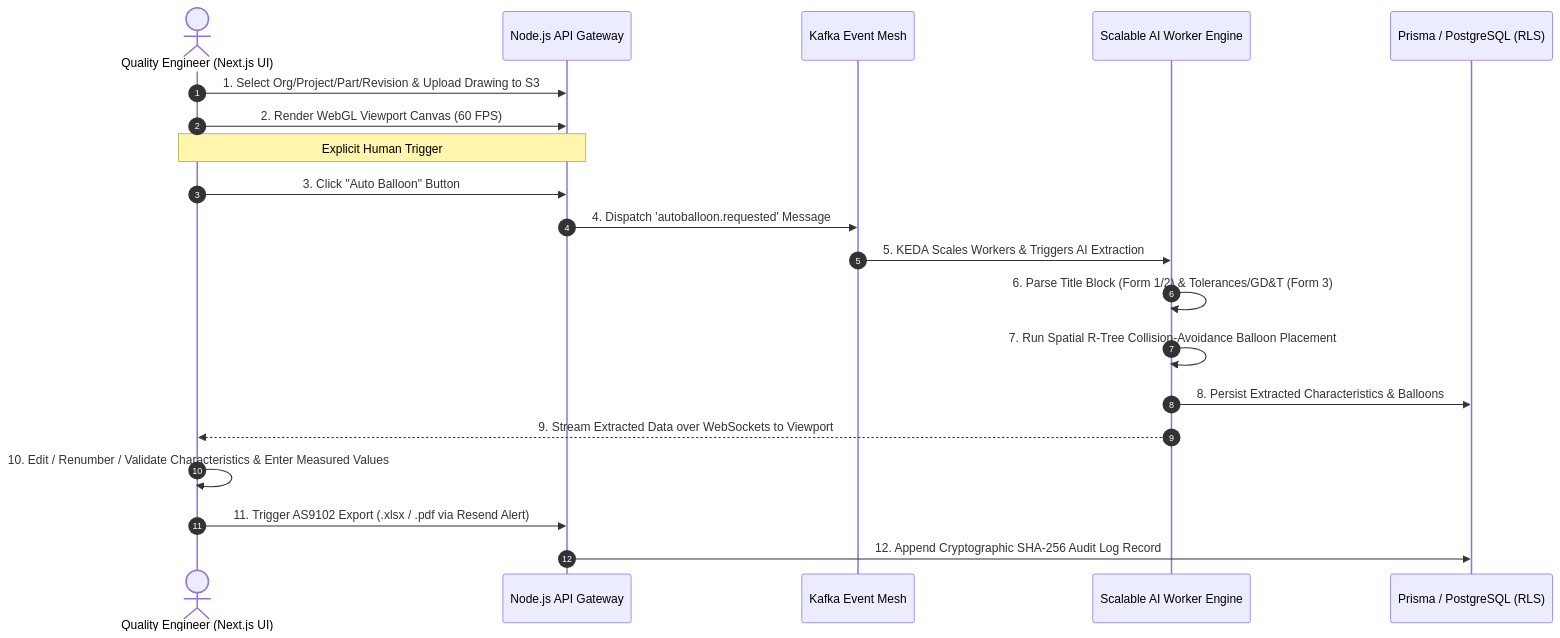
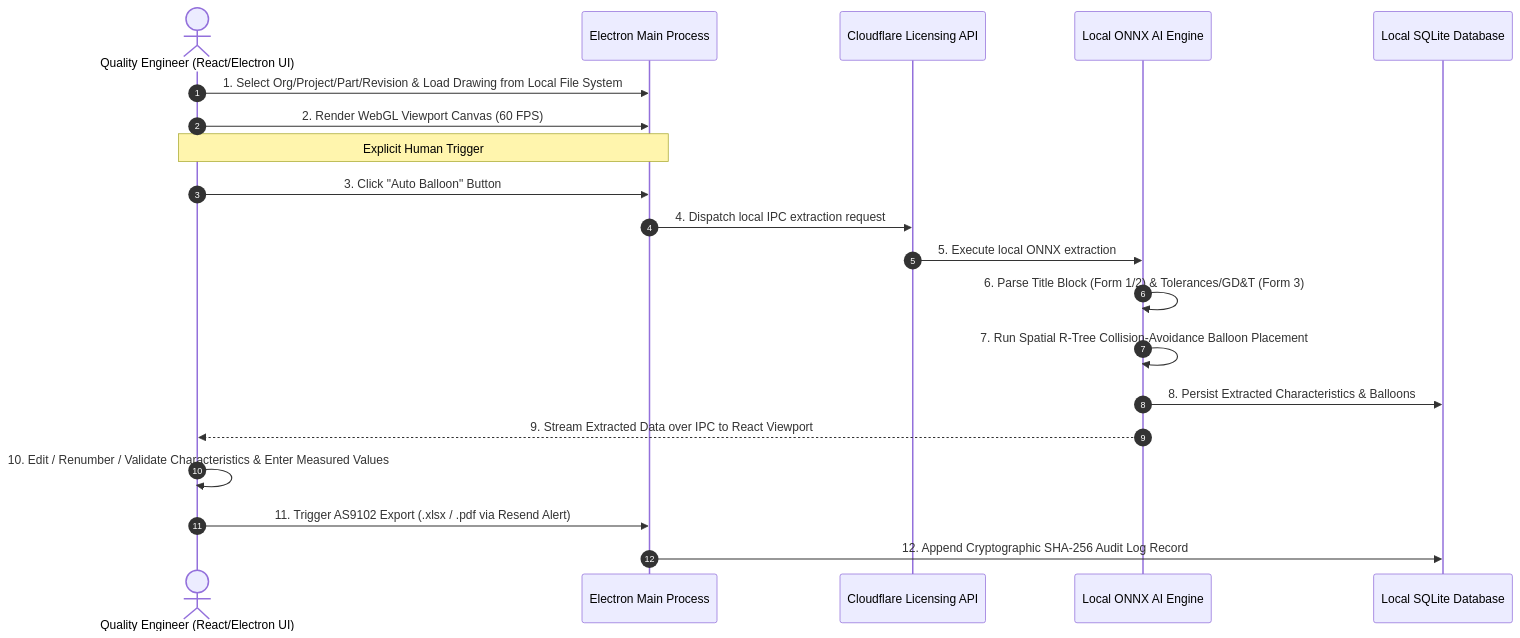
The third of 8 diagrams in Phase_1_Business_Domain_Analysis.md (LoonistApp/Loonist), drawn with Mermaid before and after one commit. The commit also changed other lines of this file, not shown here.

Commit message:
docs: update Phase 1 Business Domain Analysis for LOONIST architecture

````diff
--- a/Phase_1_Business_Domain_Analysis.md
+++ b/Phase_1_Business_Domain_Analysis.md
@@ -102,25 +102,25 @@
 ```mermaid
 sequenceDiagram
     autonumber
-    actor Engineer as Quality Engineer (Next.js UI)
-    participant API as Node.js API Gateway
-    participant Kafka as Kafka Event Mesh
-    participant AI as Scalable AI Worker Engine
-    participant DB as Prisma / PostgreSQL (RLS)
+    actor Engineer as Quality Engineer (React/Electron UI)
+    participant API as Electron Main Process
+    participant Kafka as Cloudflare Licensing API
+    participant AI as Local ONNX AI Engine
+    participant DB as Local SQLite Database
 
-    Engineer->>API: 1. Select Org/Project/Part/Revision & Upload Drawing to S3
+    Engineer->>API: 1. Select Org/Project/Part/Revision & Load Drawing from Local File System
     Engineer->>API: 2. Render WebGL Viewport Canvas (60 FPS)
     
     Note over Engineer, API: Explicit Human Trigger
     Engineer->>API: 3. Click "Auto Balloon" Button
-    API->>Kafka: 4. Dispatch 'autoballoon.requested' Message
-    Kafka->>AI: 5. KEDA Scales Workers & Triggers AI Extraction
+    API->>Kafka: 4. Dispatch local IPC extraction request
+    Kafka->>AI: 5. Execute local ONNX extraction
     AI->>AI: 6. Parse Title Block (Form 1/2) & Tolerances/GD&T (Form 3)
     AI->>AI: 7. Run Spatial R-Tree Collision-Avoidance Balloon Placement
     AI->>DB: 8. Persist Extracted Characteristics & Balloons
-    AI-->>Engineer: 9. Stream Extracted Data over WebSockets to Viewport
+    AI-->>Engineer: 9. Stream Extracted Data over IPC to React Viewport
     
     Engineer->>Engineer: 10. Edit / Renumber / Validate Characteristics & Enter Measured Values
     Engineer->>API: 11. Trigger AS9102 Export (.xlsx / .pdf via Resend Alert)
     API->>DB: 12. Append Cryptographic SHA-256 Audit Log Record
 ```
````
